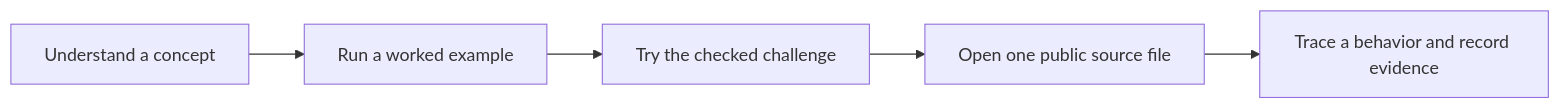
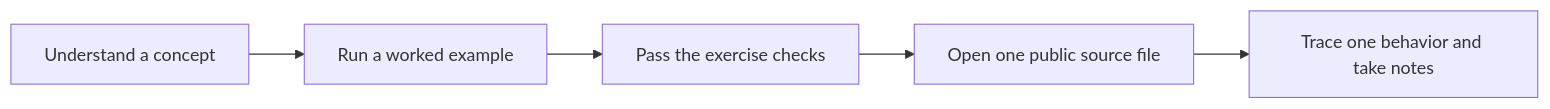
The diagram in docs/project-learning.md (ShmalexM/ml-workshop), drawn with Mermaid before and after one commit. The commit also changed other lines of this file and 14 other files, not shown here.

````diff
--- a/docs/project-learning.md
+++ b/docs/project-learning.md
@@ -5,7 +5,7 @@
 ```mermaid
 flowchart LR
   A[Understand a concept] --> B[Run a worked example]
-  B --> C[Try the checked challenge]
+  B --> C[Pass the exercise checks]
   C --> D[Open one public source file]
-  D --> E[Trace a behavior and record evidence]
+  D --> E[Trace one behavior and take notes]
 ```
````
